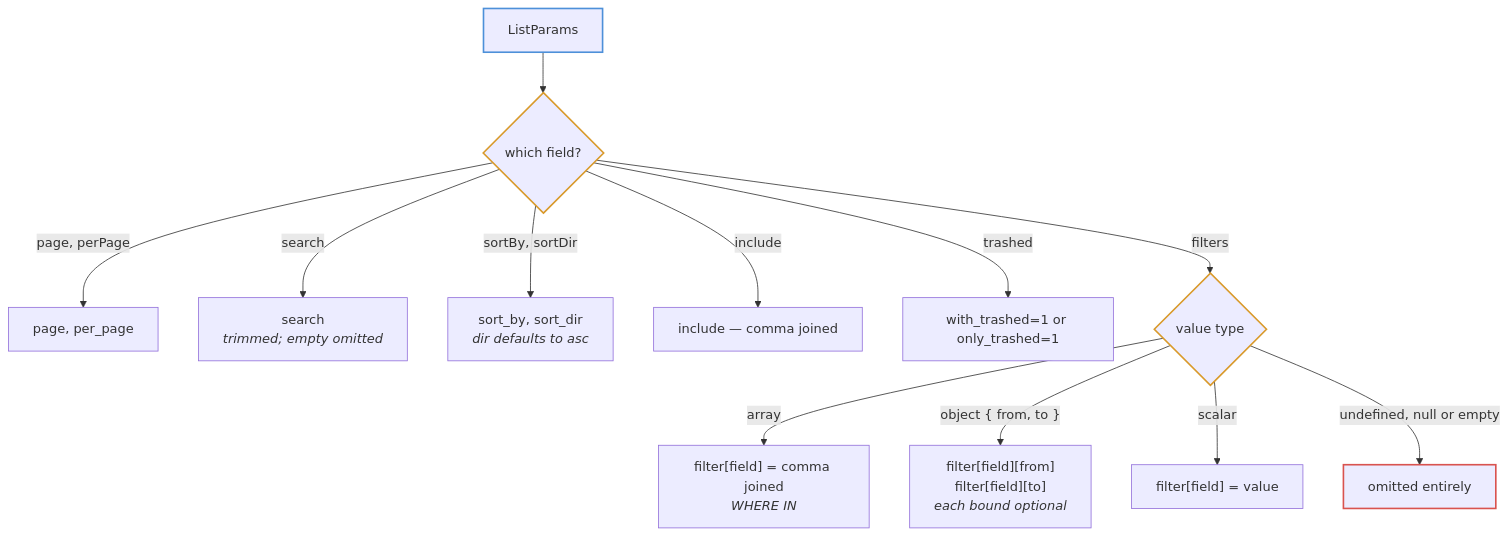
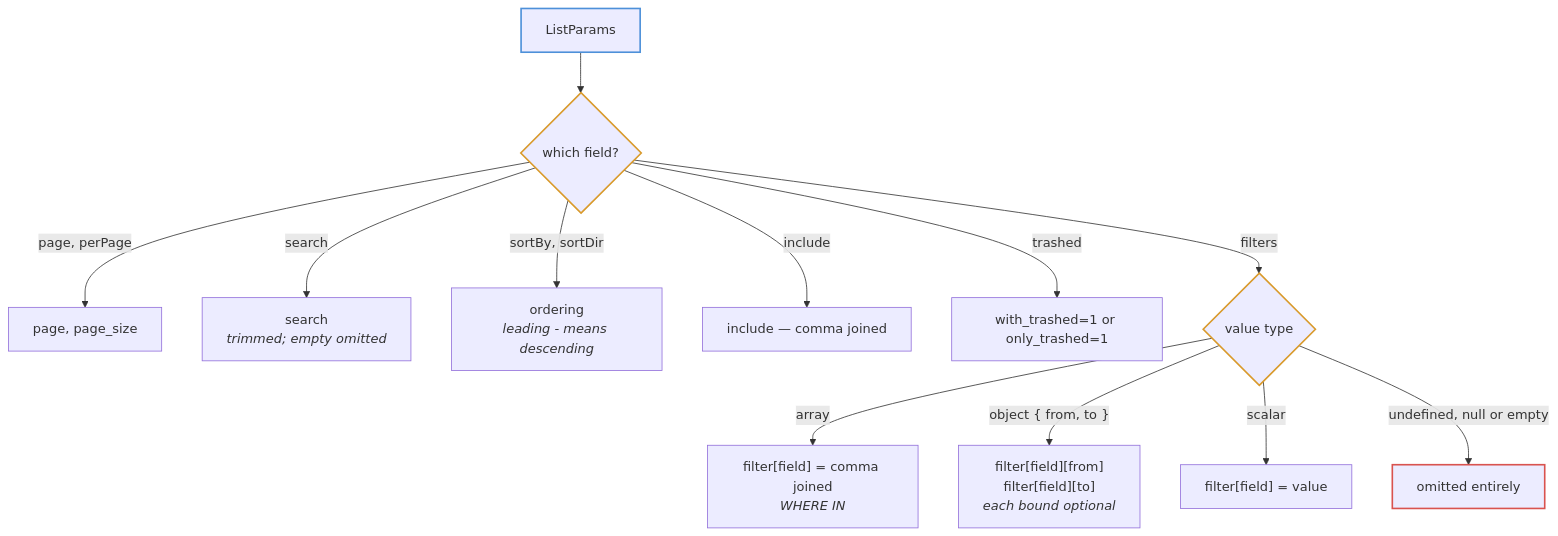
Before and after one commit to TGCTZ/TGC-SERVICE-FRONTEND: the third of 4 diagrams in docs/diagrams/list-table-flow.md, drawn with Mermaid. The commit also changed other lines of this file and 18 other files, not shown here.

````diff
--- a/docs/diagrams/list-table-flow.md
+++ b/docs/diagrams/list-table-flow.md
@@ -64,21 +64,21 @@
 ```mermaid
 flowchart TD
     IN["ListParams"] --> P{"which field?"}
 
-    P -->|"page, perPage"| PG["page, per_page"]
+    P -->|"page, perPage"| PG["page, page_size"]
     P -->|search| SR["search<br/><i>trimmed; empty omitted</i>"]
-    P -->|"sortBy, sortDir"| ST["sort_by, sort_dir<br/><i>dir defaults to asc</i>"]
+    P -->|"sortBy, sortDir"| ST["ordering<br/><i>leading - means descending</i>"]
     P -->|include| IC["include — comma joined"]
     P -->|trashed| TR["with_trashed=1 or only_trashed=1"]
     P -->|filters| FV{"value type"}
 
     FV -->|array| ARR["filter[field] = comma joined<br/><i>WHERE IN</i>"]
     FV -->|"object { from, to }"| RANGE["filter[field][from]<br/>filter[field][to]<br/><i>each bound optional</i>"]
     FV -->|scalar| SCAL["filter[field] = value"]
     FV -->|"undefined, null or empty"| SKIP["omitted entirely"]
 
     style IN stroke:#4d90d9,stroke-width:2px
     style P stroke:#d99a2b,stroke-width:2px
     style FV stroke:#d99a2b,stroke-width:2px
     style SKIP stroke:#d9534f,stroke-width:2px
 ```
````
